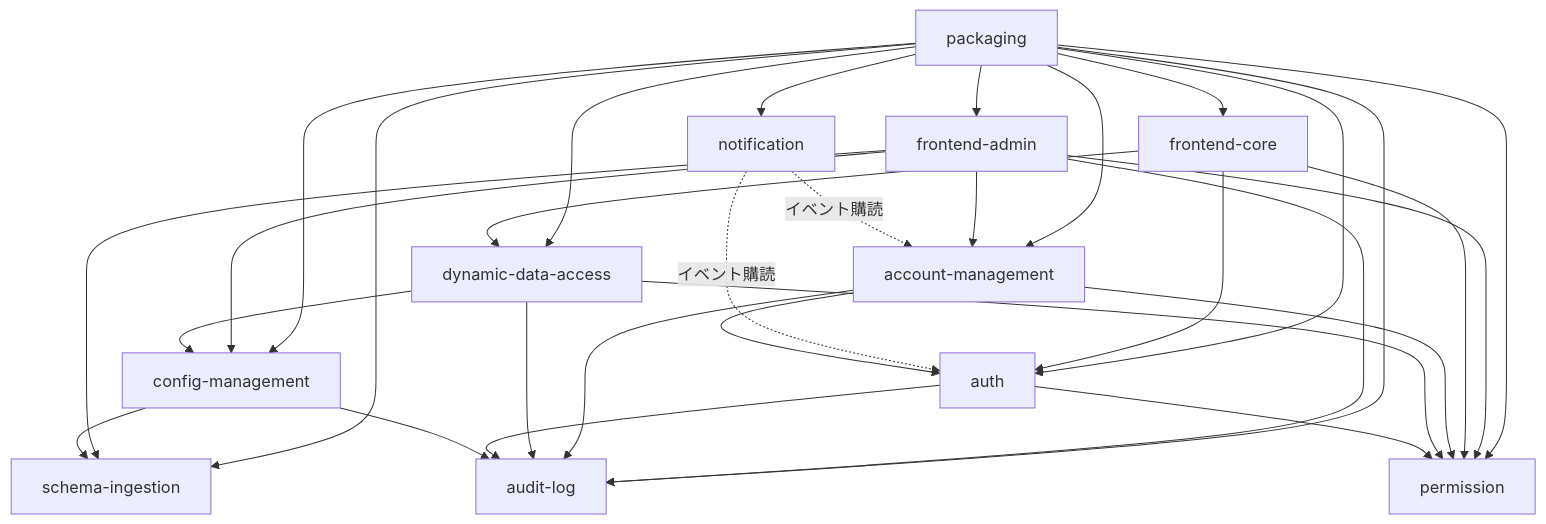
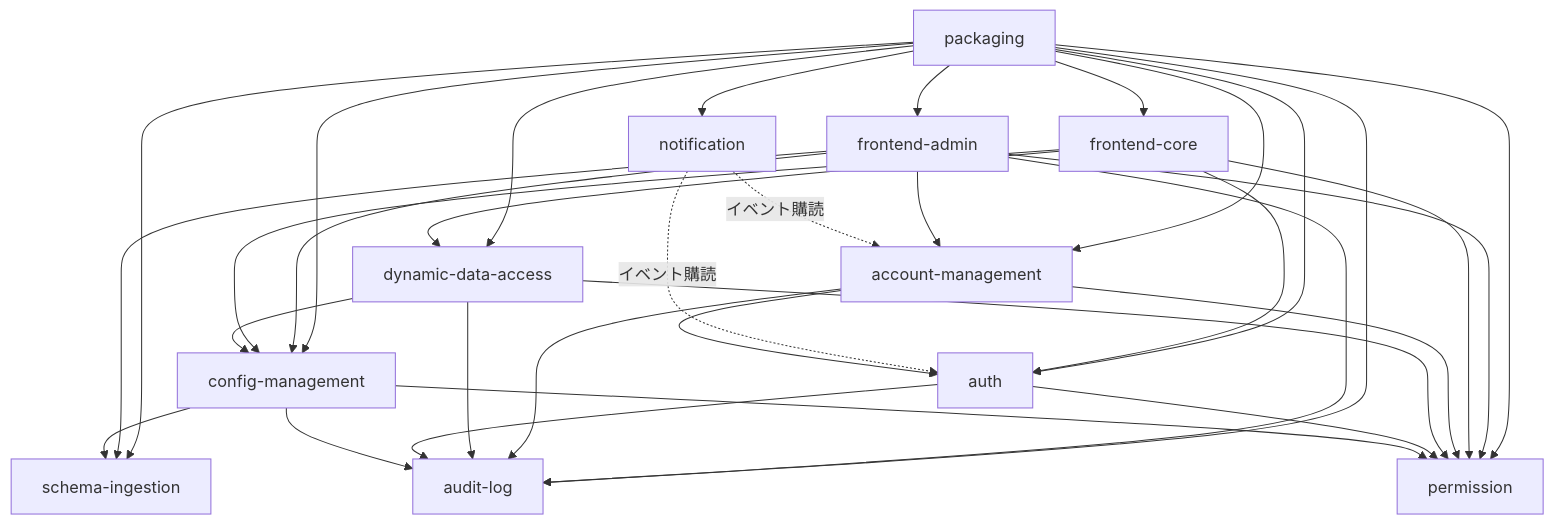
One commit to agwlvssainokuni/mastersmith changed the diagram in aidlc/spaces/default/intents/260904-static-config-crud/inception/units-generation/unit-of-work-dependency.md. Above: the diagram before and after it, drawn with Mermaid. The commit also changed other lines of this file and 15 other files, not shown here.

First line of the commit message:
notification Unitの機能設計を完了し、frontend-core Unitの修正内容を保存する

````diff
--- a/aidlc/spaces/default/intents/260904-static-config-crud/inception/units-generation/unit-of-work-dependency.md
+++ b/aidlc/spaces/default/intents/260904-static-config-crud/inception/units-generation/unit-of-work-dependency.md
@@ -42,33 +44,35 @@
 ```mermaid
 graph TD
   config-management --> schema-ingestion
   config-management --> audit-log
+  config-management --> permission
   auth --> audit-log
   auth --> permission
   dynamic-data-access --> config-management
   dynamic-data-access --> permission
   dynamic-data-access --> audit-log
   account-management --> auth
   account-management --> permission
   account-management --> audit-log
   notification -.->|イベント購読| auth
   notification -.->|イベント購読| account-management
   frontend-core --> auth
   frontend-core --> dynamic-data-access
   frontend-core --> permission
+  frontend-core --> config-management
   frontend-admin --> schema-ingestion
   frontend-admin --> config-management
   frontend-admin --> permission
   frontend-admin --> account-management
   frontend-admin --> audit-log
   packaging --> schema-ingestion
   packaging --> config-management
   packaging --> permission
   packaging --> dynamic-data-access
   packaging --> auth
   packaging --> account-management
   packaging --> notification
   packaging --> audit-log
   packaging --> frontend-core
   packaging --> frontend-admin
 ```
````
